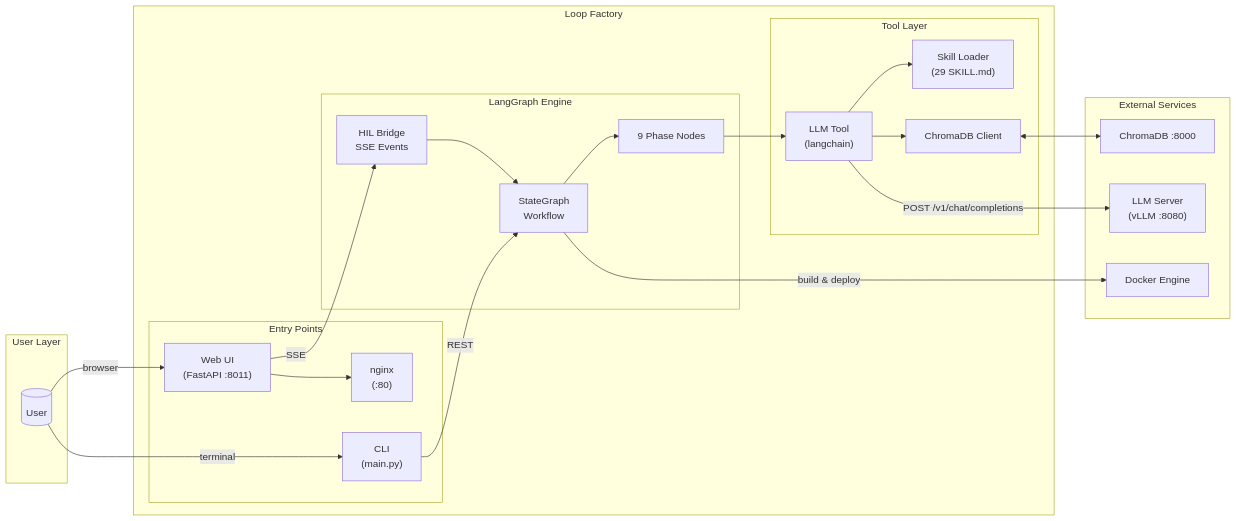
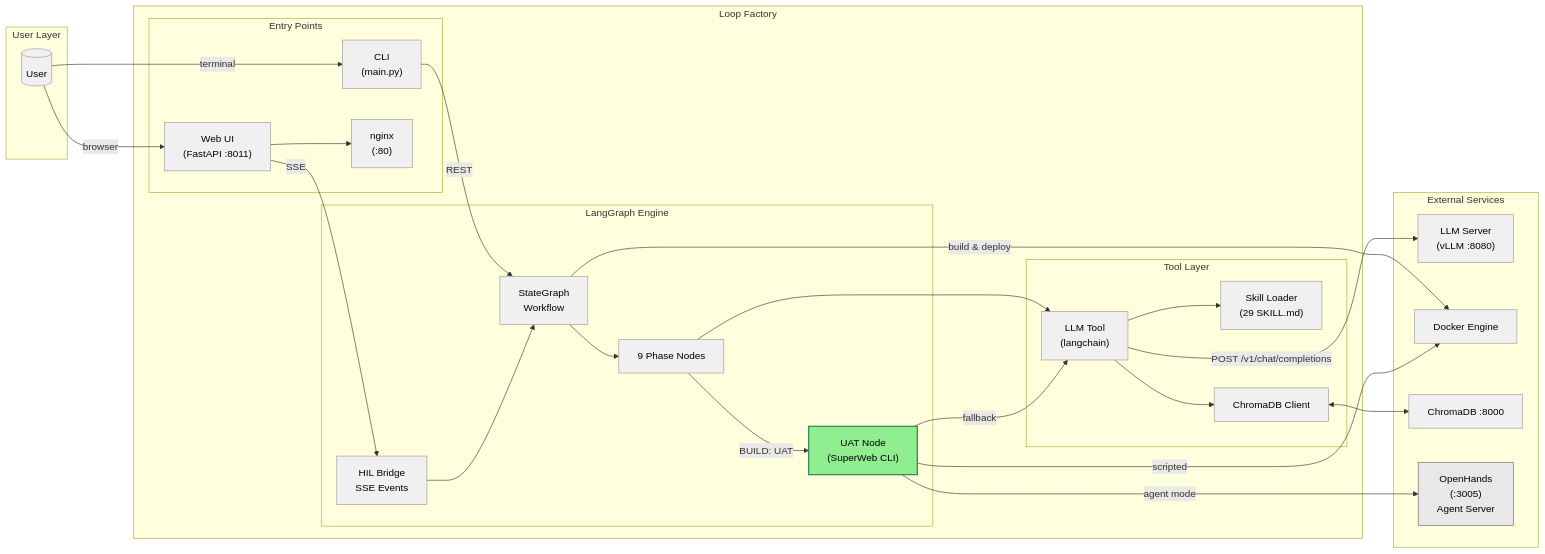
The third of 4 diagrams in README.md (terrygzhou/loop_engineering_factory), drawn with Mermaid before and after one commit. The commit also changed other lines of this file, not shown here.

Commit message:
docs: update README for SuperWeb UAT agent mode
- Container Architecture diagram: add UATNode (green) and OpenHands
  (:3005) with 3 fallback edges (agent → scripted → LLM)
- BUILD row: SuperWeb agent mode (OpenHands) → scripted (Playwright)
  → LLM fallback
- VERIFY row: UAT moved to BUILD subgraph
- Docker Stack Services: add openhands :3005
- Dependencies: add superweb-testing
- Configuration example: add superweb section

````diff
--- a/README.md
+++ b/README.md
@@ -109,46 +109,63 @@
 ```mermaid
 graph LR
     subgraph User["User Layer"]
         U[("User")]
     end
 
     subgraph LoopFactory["Loop Factory"]
         subgraph Entry["Entry Points"]
             CLI["CLI\n(main.py)"]
             WebUI["Web UI\n(FastAPI :8011)"]
             Nginx["nginx\n(:80)"]
         end
 
         subgraph Engine["LangGraph Engine"]
             Graph["StateGraph\nWorkflow"]
             Nodes["9 Phase Nodes"]
             Bridge["HIL Bridge\nSSE Events"]
+            UATNode["UAT Node\n(SuperWeb CLI)"]
         end
 
         subgraph Tools["Tool Layer"]
             LLM["LLM Tool\n(langchain)"]
             Skills["Skill Loader\n(29 SKILL.md)"]
             ChromaC["ChromaDB Client"]
         end
     end
 
     subgraph External["External Services"]
         LLM_Srv["LLM Server\n(vLLM :8080)"]
         Docker["Docker Engine"]
         Chroma["ChromaDB :8000"]
+        OpenHands["OpenHands\n(:3005)\nAgent Server"]
     end
 
     U -->|browser| WebUI
     U -->|terminal| CLI
     CLI -->|REST| Graph
     WebUI -->|SSE| Bridge
     Bridge --> Graph
     Graph --> Nodes
     Nodes --> LLM
     LLM --> Skills
     LLM --> ChromaC
     LLM -->|"POST /v1/chat/completions"| LLM_Srv
     Graph -->|"build & deploy"| Docker
     ChromaC <--> Chroma
     WebUI --> Nginx
+
+    %% SuperWeb UAT flows (agent → scripted → LLM fallback)
+    Nodes -->|"BUILD: UAT"| UATNode
+    UATNode -->|"agent mode"| OpenHands
+    UATNode -->|"scripted"| Docker
+    UATNode -->|"fallback"| LLM
+
+    classDef default fill:#F0F0F0,stroke:#999,stroke-width:1px,color:#000
+    classDef hil fill:#FFD700,stroke:#B8860B,stroke-width:2px,color:#000
+    classDef gate fill:#87CEEB,stroke:#4682B4,stroke-width:2px,color:#000
+    classDef normal fill:#F0F0F0,stroke:#999,stroke-width:1px,color:#000
+    classDef external fill:#E8E8E8,stroke:#666,stroke-width:1px,color:#000
+    classDef agent fill:#90EE90,stroke:#2E8B57,stroke-width:2px,color:#000
+    class UATNode agent
+    class OpenHands external
 ```
````
